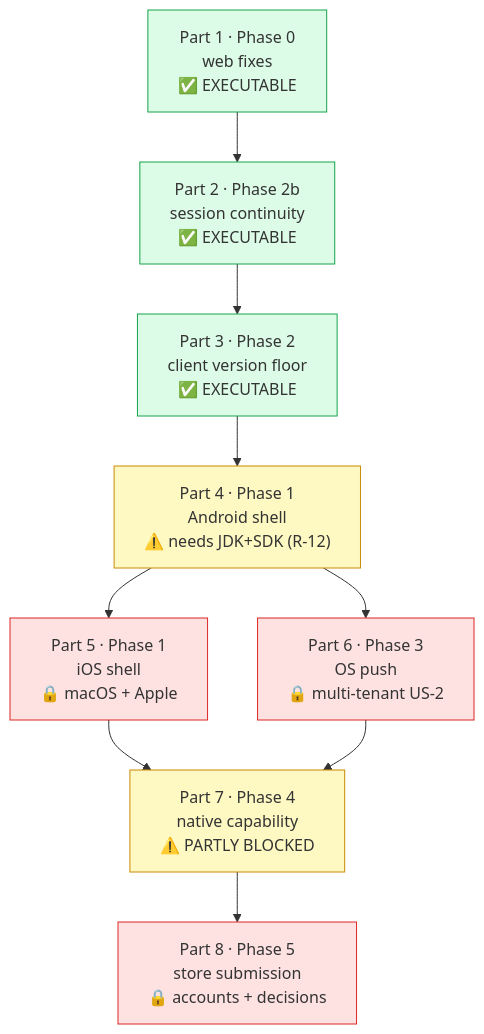
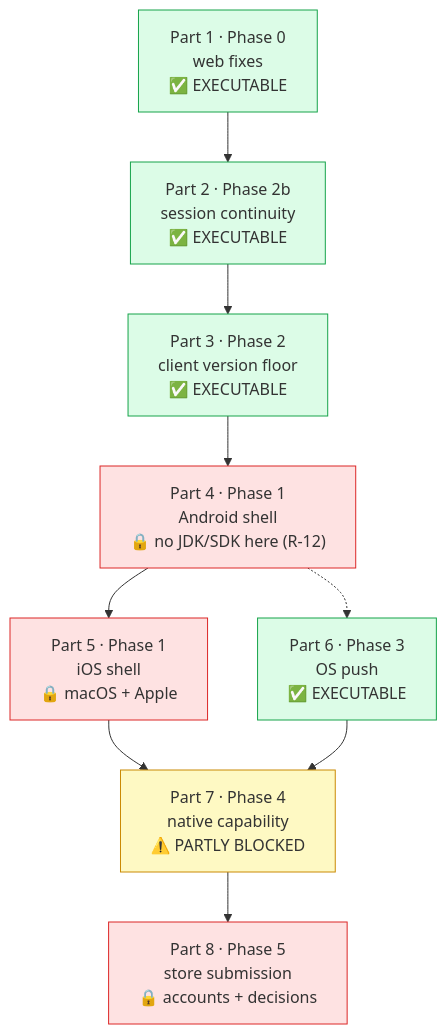
The diagram in features/mobile-native-shells/stories/README.md (oumayma-404/clinic-management), drawn with Mermaid before and after one commit. The commit also changed other lines of this file and 1 other file, not shown here.

First line of the commit message:
docs(mobile-native-shells): part 4's R-12 tooling check ran, and failed

````diff
--- a/features/mobile-native-shells/stories/README.md
+++ b/features/mobile-native-shells/stories/README.md
@@ -33,20 +33,20 @@
 ```mermaid
 graph TD
     P1["Part 1 · Phase 0<br/>web fixes<br/>✅ EXECUTABLE"] --> P2["Part 2 · Phase 2b<br/>session continuity<br/>✅ EXECUTABLE"]
     P2 --> P3["Part 3 · Phase 2<br/>client version floor<br/>✅ EXECUTABLE"]
-    P3 --> P4["Part 4 · Phase 1<br/>Android shell<br/>⚠️ needs JDK+SDK (R-12)"]
+    P3 --> P4["Part 4 · Phase 1<br/>Android shell<br/>🔒 no JDK/SDK here (R-12)"]
     P4 --> P5["Part 5 · Phase 1<br/>iOS shell<br/>🔒 macOS + Apple"]
-    P4 --> P6["Part 6 · Phase 3<br/>OS push<br/>🔒 multi-tenant US-2"]
+    P4 -.-> P6["Part 6 · Phase 3<br/>OS push<br/>✅ EXECUTABLE"]
     P5 --> P7["Part 7 · Phase 4<br/>native capability<br/>⚠️ PARTLY BLOCKED"]
     P6 --> P7
     P7 --> P8["Part 8 · Phase 5<br/>store submission<br/>🔒 accounts + decisions"]
 
     style P1 fill:#dcfce7,stroke:#16a34a
     style P2 fill:#dcfce7,stroke:#16a34a
     style P3 fill:#dcfce7,stroke:#16a34a
-    style P4 fill:#fef9c3,stroke:#ca8a04
+    style P4 fill:#fee2e2,stroke:#dc2626
     style P5 fill:#fee2e2,stroke:#dc2626
-    style P6 fill:#fee2e2,stroke:#dc2626
+    style P6 fill:#dcfce7,stroke:#16a34a
     style P7 fill:#fef9c3,stroke:#ca8a04
     style P8 fill:#fee2e2,stroke:#dc2626
 ```
````
